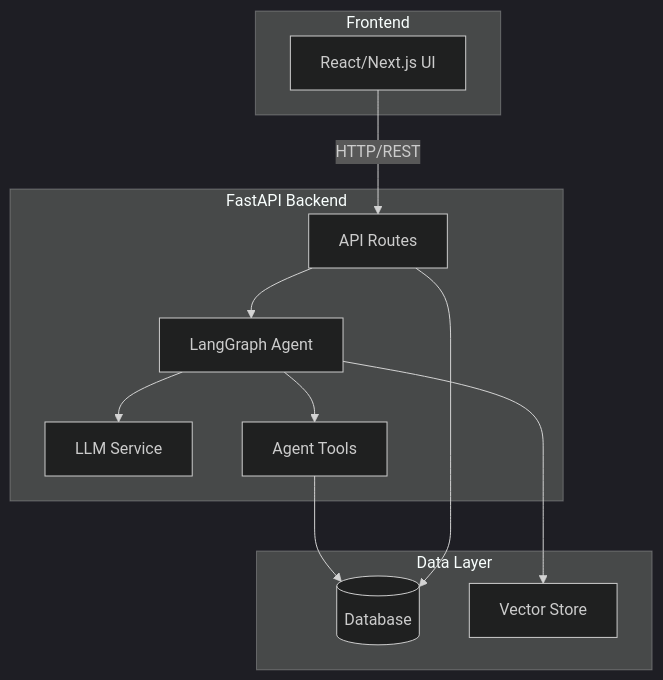
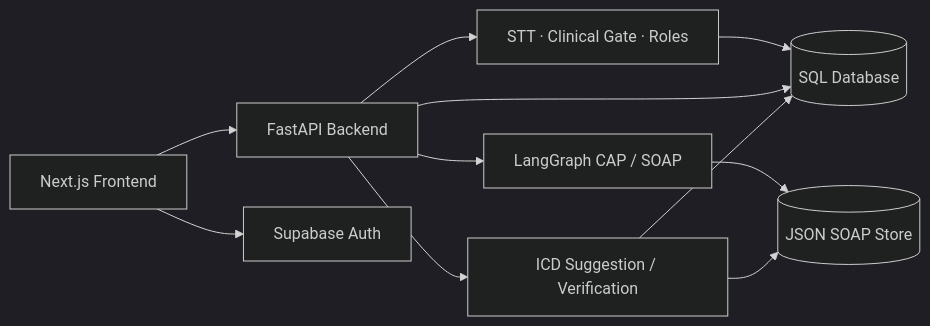
One commit to he170794kieudinhdoan-lang/ClinNoteAi changed the diagram in ARCHITECTURE.md. Above: the diagram before and after it, drawn with Mermaid (dark theme). The commit also changed other lines of this file and 8 other files, not shown here.

Commit message:
docs: refresh project evidence and architecture

````diff
--- a/ARCHITECTURE.md
+++ b/ARCHITECTURE.md
@@ -9,26 +12,13 @@
 ```mermaid
-graph TB
-    subgraph Frontend
-        UI[React/Next.js UI]
-    end
-
-    subgraph Backend[FastAPI Backend]
-        API[API Routes]
-        Agent[LangGraph Agent]
-        LLM[LLM Service]
-        Tools[Agent Tools]
-    end
-
-    subgraph Data[Data Layer]
-        DB[(Database)]
-        Vector[Vector Store]
-    end
-
-    UI -->|HTTP/REST| API
-    API --> Agent
-    Agent --> LLM
-    Agent --> Tools
-    Agent --> Vector
-    Tools --> DB
+flowchart LR
+    FE[Next.js Frontend] --> API[FastAPI Backend]
+    FE --> AUTH[Supabase Auth]
+    API --> AUDIO[STT · Clinical Gate · Roles]
+    API --> SOAP[LangGraph CAP / SOAP]
+    API --> ICD[ICD Suggestion / Verification]
+    AUDIO --> DB[(SQL Database)]
+    SOAP --> STORE[(JSON SOAP Store)]
     API --> DB
+    ICD --> STORE
+    ICD --> DB
 ```
````
